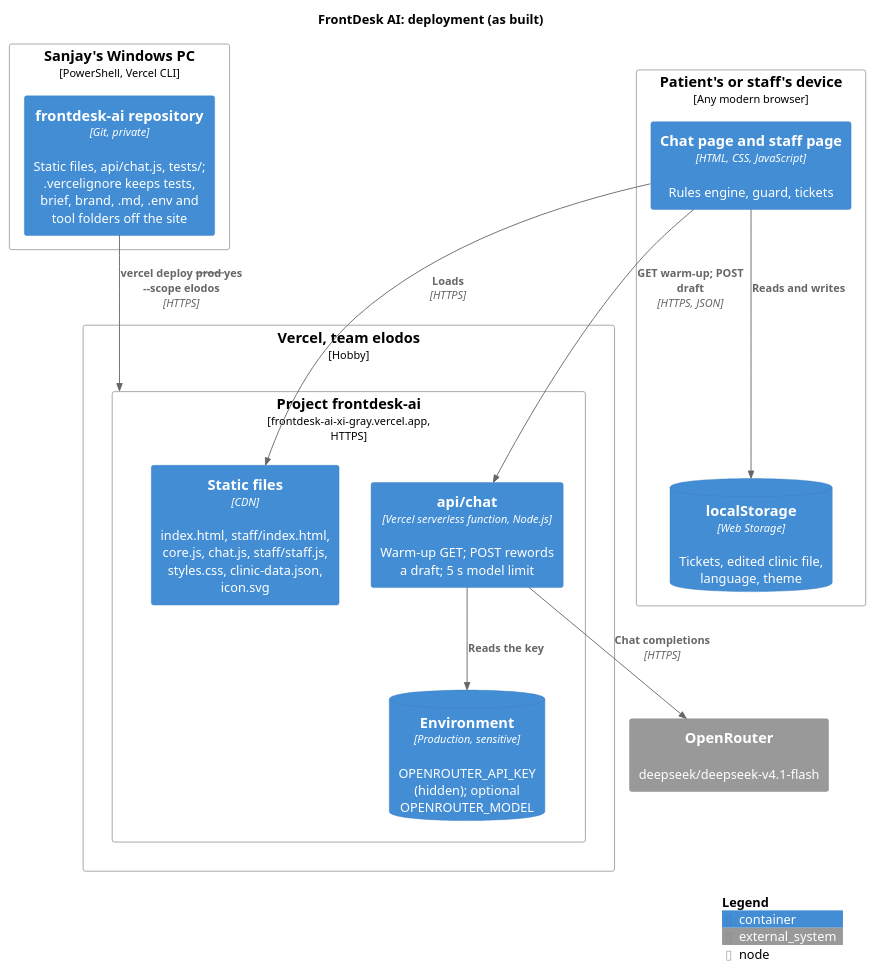
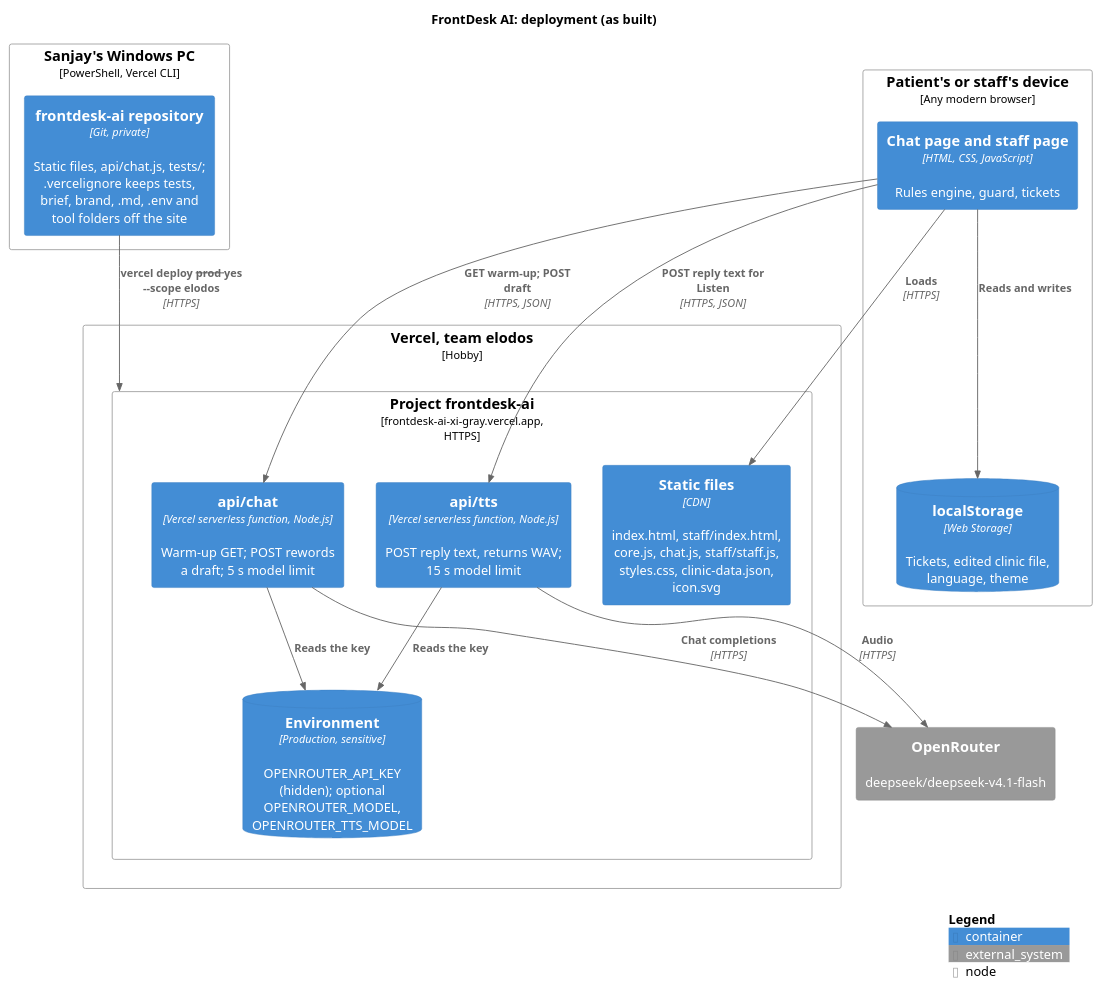
One commit to karwasanjay007/frontdesk-ai-docs changed the diagram in docs/diagrams/deployment.puml. Above: the diagram before and after it, drawn with PlantUML. The commit also changed 11 other files, not shown here.

First line of the commit message:
Backup voice for Listen (api/tts) and clinic info side panel

```diff
--- a/docs/diagrams/deployment.puml
+++ b/docs/diagrams/deployment.puml
@@ -1,32 +1,36 @@
 @startuml deployment
 !include <C4/C4_Deployment>
 title FrontDesk AI: deployment (as built)
 
 Deployment_Node(dev, "Sanjay's Windows PC", "PowerShell, Vercel CLI") {
   Container(src, "frontdesk-ai repository", "Git, private", "Static files, api/chat.js, tests/; .vercelignore keeps tests, brief, brand, .md, .env and tool folders off the site")
 }
 
 Deployment_Node(vercel, "Vercel, team elodos", "Hobby") {
   Deployment_Node(proj, "Project frontdesk-ai", "frontdesk-ai-xi-gray.vercel.app, HTTPS") {
     Container(static, "Static files", "CDN", "index.html, staff/index.html, core.js, chat.js, staff/staff.js, styles.css, clinic-data.json, icon.svg")
     Container(fn, "api/chat", "Vercel serverless function, Node.js", "Warm-up GET; POST rewords a draft; 5 s model limit")
-    ContainerDb(env, "Environment", "Production, sensitive", "OPENROUTER_API_KEY (hidden); optional OPENROUTER_MODEL")
+    Container(tts, "api/tts", "Vercel serverless function, Node.js", "POST reply text, returns WAV; 15 s model limit")
+    ContainerDb(env, "Environment", "Production, sensitive", "OPENROUTER_API_KEY (hidden); optional OPENROUTER_MODEL, OPENROUTER_TTS_MODEL")
   }
 }
 
 Deployment_Node(device, "Patient's or staff's device", "Any modern browser") {
   Container(pages, "Chat page and staff page", "HTML, CSS, JavaScript", "Rules engine, guard, tickets")
   ContainerDb(ls, "localStorage", "Web Storage", "Tickets, edited clinic file, language, theme")
 }
 
 System_Ext(openrouter, "OpenRouter", "deepseek/deepseek-v4.1-flash")
 
 Rel(src, proj, "vercel deploy --prod --yes --scope elodos", "HTTPS")
 Rel(pages, static, "Loads", "HTTPS")
 Rel(pages, fn, "GET warm-up; POST draft", "HTTPS, JSON")
+Rel(pages, tts, "POST reply text for Listen", "HTTPS, JSON")
+Rel(tts, env, "Reads the key")
+Rel(tts, openrouter, "Audio", "HTTPS")
 Rel(fn, env, "Reads the key")
 Rel(fn, openrouter, "Chat completions", "HTTPS")
 Rel(pages, ls, "Reads and writes")
 
 SHOW_LEGEND()
 @enduml
```
